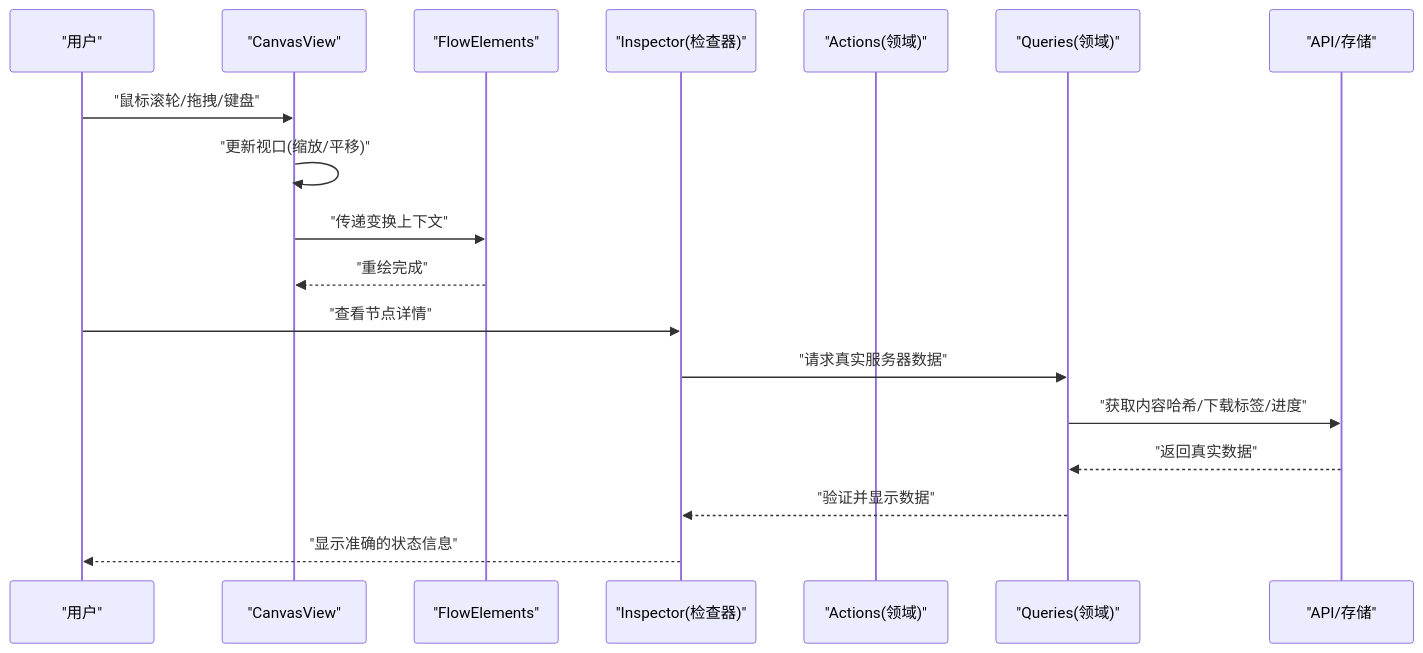
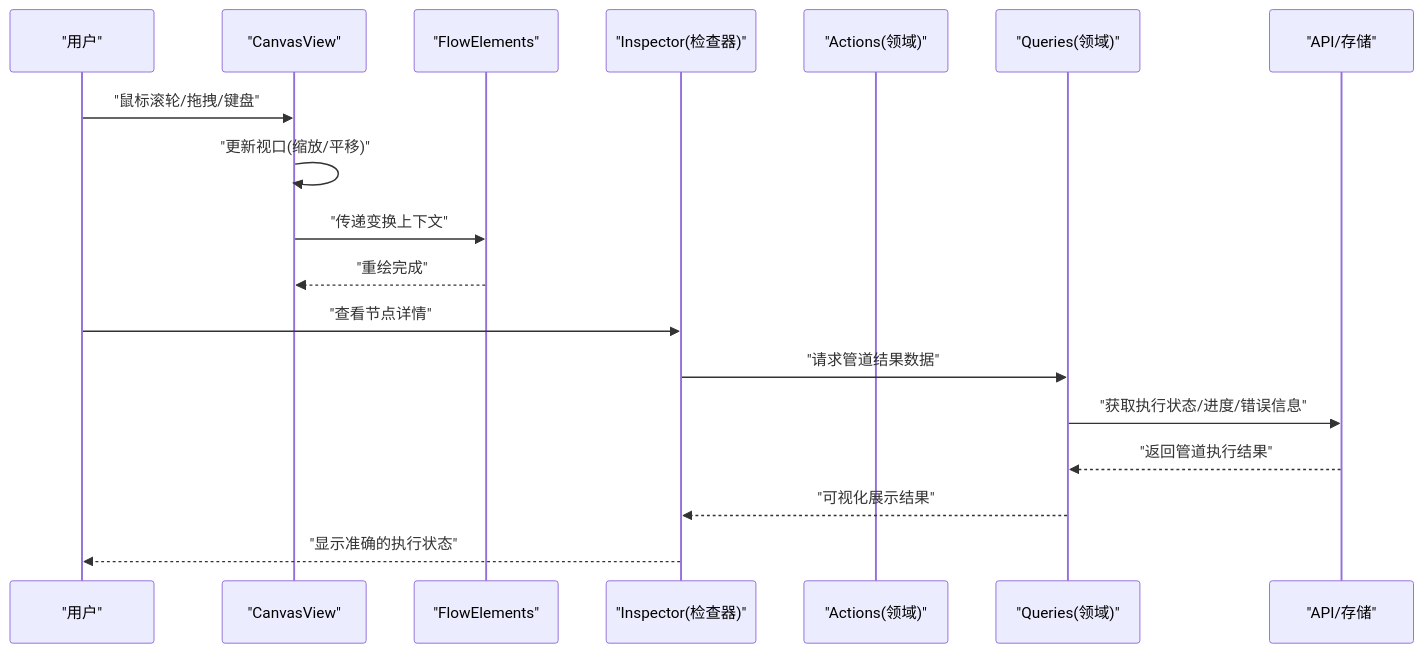
The second of 3 diagrams in .qoder/repowiki/zh/content/核心功能模块/画布编辑器/画布主视图.md (AIMFllyYS/code-video-canvas), drawn with Mermaid before and after one commit. The commit also changed other lines of this file and 44 other files, not shown here.

````diff
--- a/.qoder/repowiki/zh/content/核心功能模块/画布编辑器/画布主视图.md
+++ b/.qoder/repowiki/zh/content/核心功能模块/画布编辑器/画布主视图.md
@@ -108,20 +109,20 @@
 ```mermaid
 sequenceDiagram
 participant U as "用户"
 participant V as "CanvasView"
 participant FE as "FlowElements"
 participant INS as "Inspector(检查器)"
 participant ACT as "Actions(领域)"
 participant QRY as "Queries(领域)"
 participant API as "API/存储"
 U->>V : "鼠标滚轮/拖拽/键盘"
 V->>V : "更新视口(缩放/平移)"
 V->>FE : "传递变换上下文"
 FE-->>V : "重绘完成"
 U->>INS : "查看节点详情"
-INS->>QRY : "请求真实服务器数据"
-QRY->>API : "获取内容哈希/下载标签/进度"
-API-->>QRY : "返回真实数据"
-QRY-->>INS : "验证并显示数据"
-INS-->>U : "显示准确的状态信息"
+INS->>QRY : "请求管道结果数据"
+QRY->>API : "获取执行状态/进度/错误信息"
+API-->>QRY : "返回管道执行结果"
+QRY-->>INS : "可视化展示结果"
+INS-->>U : "显示准确的执行状态"
 ```
````
